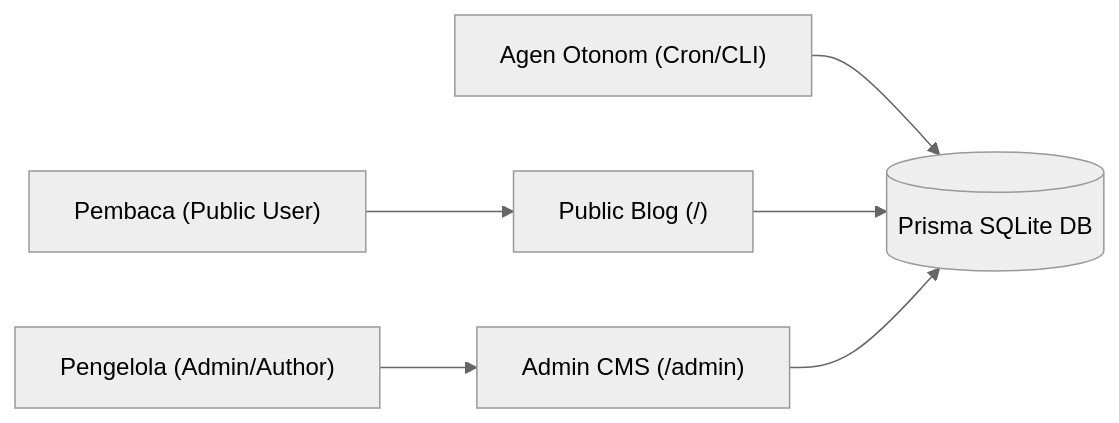
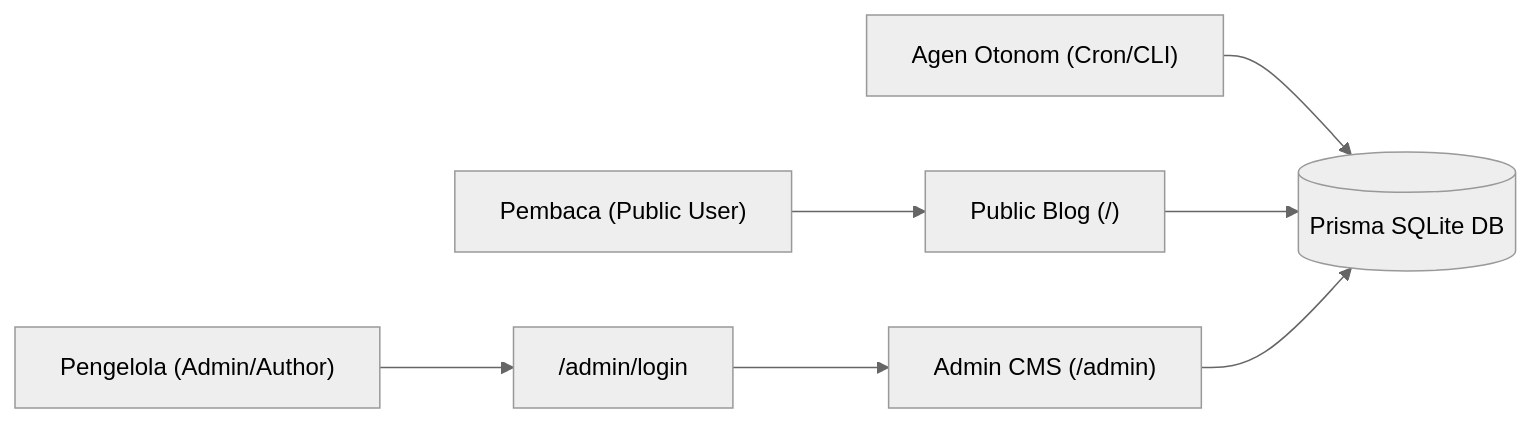
The first of 2 diagrams in docs/USER_GUIDE.md (cahyadsn/blog), drawn with Mermaid (neutral theme) before and after one commit. The commit also changed other lines of this file and 16 other files, not shown here.

````diff
--- a/docs/USER_GUIDE.md
+++ b/docs/USER_GUIDE.md
@@ -31,8 +33,9 @@
 ```mermaid
 flowchart LR
     Reader["Pembaca (Public User)"] --> Public_UI["Public Blog (/)"]
-    Admin["Pengelola (Admin/Author)"] --> Admin_UI["Admin CMS (/admin)"]
+    Admin["Pengelola (Admin/Author)"] --> Login["/admin/login"]
+    Login --> Admin_UI["Admin CMS (/admin)"]
     Agents["Agen Otonom (Cron/CLI)"] --> Database[("Prisma SQLite DB")]
     Public_UI --> Database
     Admin_UI --> Database
 ```
````
